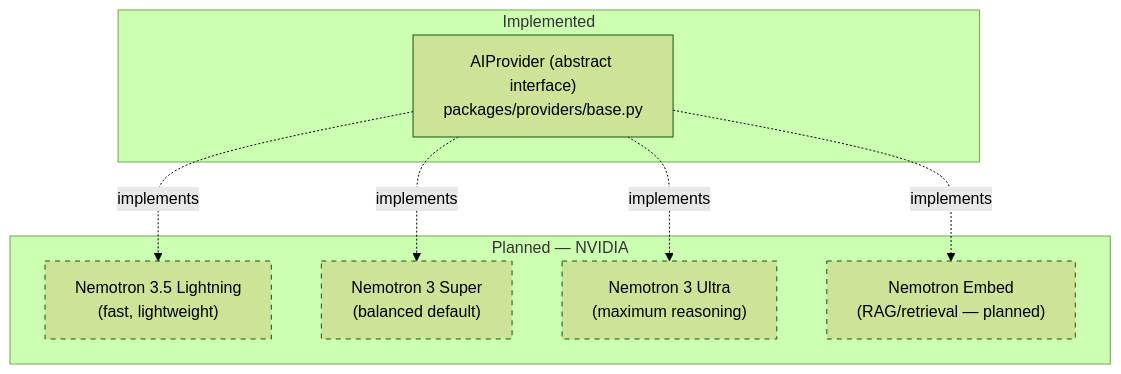
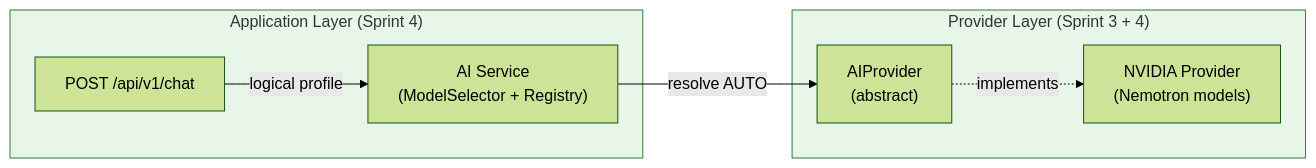
One commit to rg61590-afk/deRek-ai-os changed the first of 2 diagrams in README.md. Above: the diagram before and after it, drawn with Mermaid (forest theme). The commit also changed other lines of this file and 15 other files, not shown here.

Commit message:
feat: complete Sprint 4 NVIDIA AI integration

````diff
--- a/README.md
+++ b/README.md
@@ -161,21 +166,19 @@
 ```mermaid
-flowchart TB
-    subgraph Interface["Implemented"]
-        AIProvider["AIProvider (abstract interface)\npackages/providers/base.py"]
+flowchart LR
+    subgraph App["Application Layer (Sprint 4)"]
+        Chat["POST /api/v1/chat"]
+        Service["AI Service\n(ModelSelector + Registry)"]
     end
 
-    subgraph NVIDIA["Planned — NVIDIA"]
-        Lightning["Nemotron 3.5 Lightning\n(fast, lightweight)"]
-        Super["Nemotron 3 Super\n(balanced default)"]
-        Ultra["Nemotron 3 Ultra\n(maximum reasoning)"]
-        Embed["Nemotron Embed\n(RAG/retrieval — planned)"]
+    subgraph Providers["Provider Layer (Sprint 3 + 4)"]
+        AIProvider["AIProvider\n(abstract)"]
+        NVIDIA["NVIDIA Provider\n(Nemotron models)"]
     end
 
-    AIProvider -.implements.-> Lightning
-    AIProvider -.implements.-> Super
-    AIProvider -.implements.-> Ultra
-    AIProvider -.implements.-> Embed
+    Chat -->|"logical profile"| Service
+    Service -->|"resolve AUTO"| AIProvider
+    AIProvider -.implements.-> NVIDIA
 
-    classDef planned stroke-dasharray: 5 5;
-    class Lightning,Super,Ultra,Embed planned;
+    classDef implemented fill:#e8f5e9,stroke:#2e7d32;
+    class App,Providers implemented;
 ```
````
